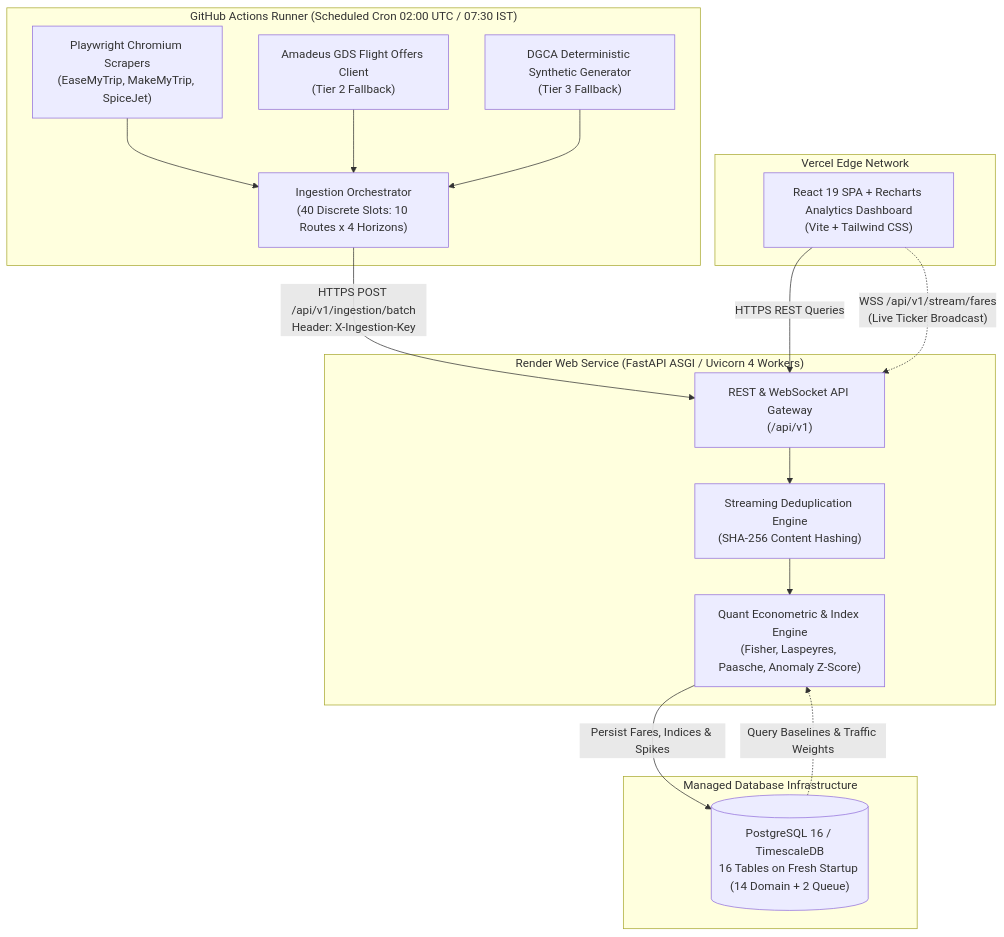
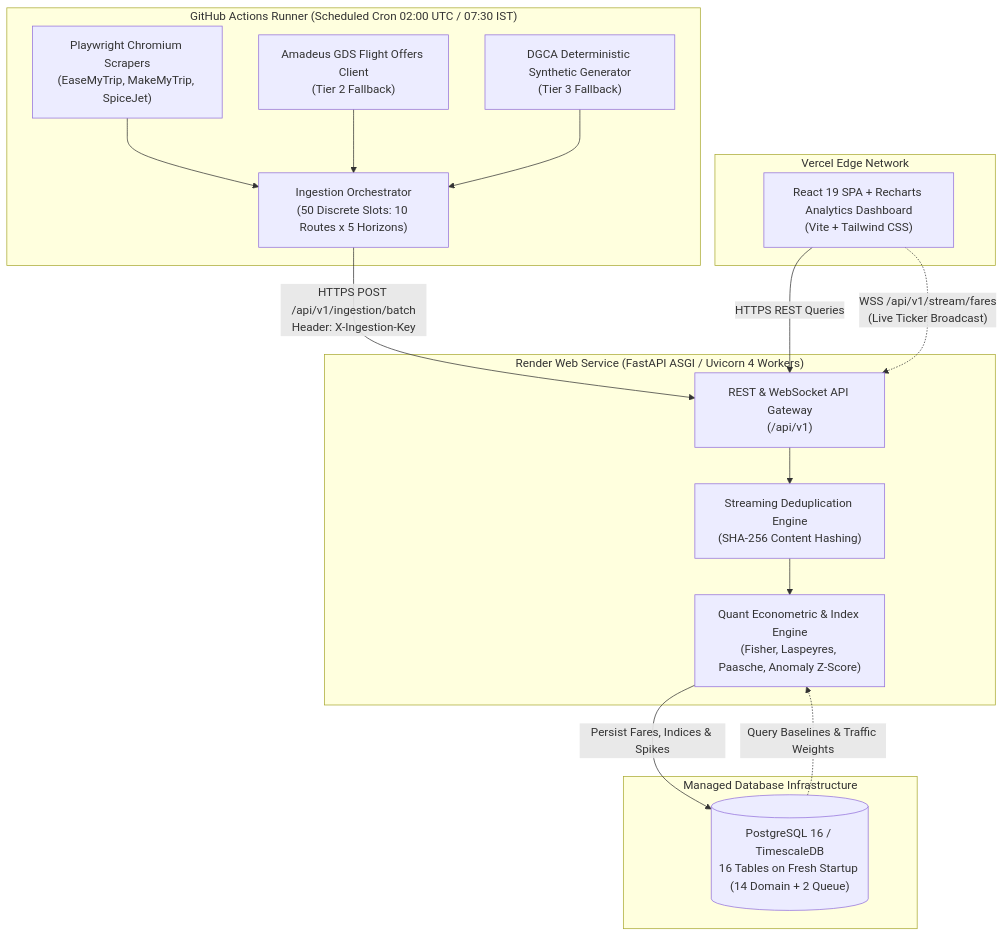
The first of 2 diagrams in docs/deployment.md (SameerKumar05/APIx), drawn with Mermaid before and after one commit. The commit also changed other lines of this file and 5 other files, not shown here.

````diff
--- a/docs/deployment.md
+++ b/docs/deployment.md
@@ -27,34 +27,34 @@
 ```mermaid
 flowchart TD
     subgraph Ingestion["GitHub Actions Runner (Scheduled Cron 02:00 UTC / 07:30 IST)"]
         Scraper["Playwright Chromium Scrapers<br/>(EaseMyTrip, MakeMyTrip, SpiceJet)"]
         GDS["Amadeus GDS Flight Offers Client<br/>(Tier 2 Fallback)"]
         Synthetic["DGCA Deterministic Synthetic Generator<br/>(Tier 3 Fallback)"]
-        Orch["Ingestion Orchestrator<br/>(40 Discrete Slots: 10 Routes x 4 Horizons)"]
+        Orch["Ingestion Orchestrator<br/>(50 Discrete Slots: 10 Routes x 5 Horizons)"]
         Scraper --> Orch
         GDS --> Orch
         Synthetic --> Orch
     end
 
     subgraph Backend["Render Web Service (FastAPI ASGI / Uvicorn 4 Workers)"]
         API["REST & WebSocket API Gateway<br/>(/api/v1)"]
         Dedup["Streaming Deduplication Engine<br/>(SHA-256 Content Hashing)"]
         Quant["Quant Econometric & Index Engine<br/>(Fisher, Laspeyres, Paasche, Anomaly Z-Score)"]
         API --> Dedup
         Dedup --> Quant
     end
 
     subgraph Database["Managed Database Infrastructure"]
         DB[("PostgreSQL 16 / TimescaleDB<br/>16 Tables on Fresh Startup (14 Domain + 2 Queue)")]
     end
 
     subgraph Edge["Vercel Edge Network"]
         UI["React 19 SPA + Recharts Analytics Dashboard<br/>(Vite + Tailwind CSS)"]
     end
 
     Orch -->|"HTTPS POST /api/v1/ingestion/batch<br/>Header: X-Ingestion-Key"| API
     Quant -->|"Persist Fares, Indices & Spikes"| DB
     DB -.->|"Query Baselines & Traffic Weights"| Quant
     UI -->|"HTTPS REST Queries"| API
     UI -.->|"WSS /api/v1/stream/fares<br/>(Live Ticker Broadcast)"| API
 ```
````
